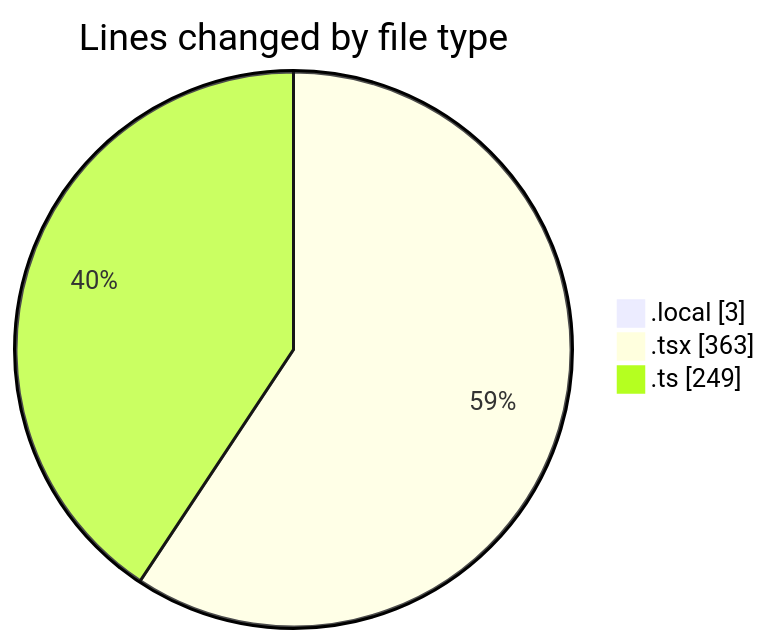
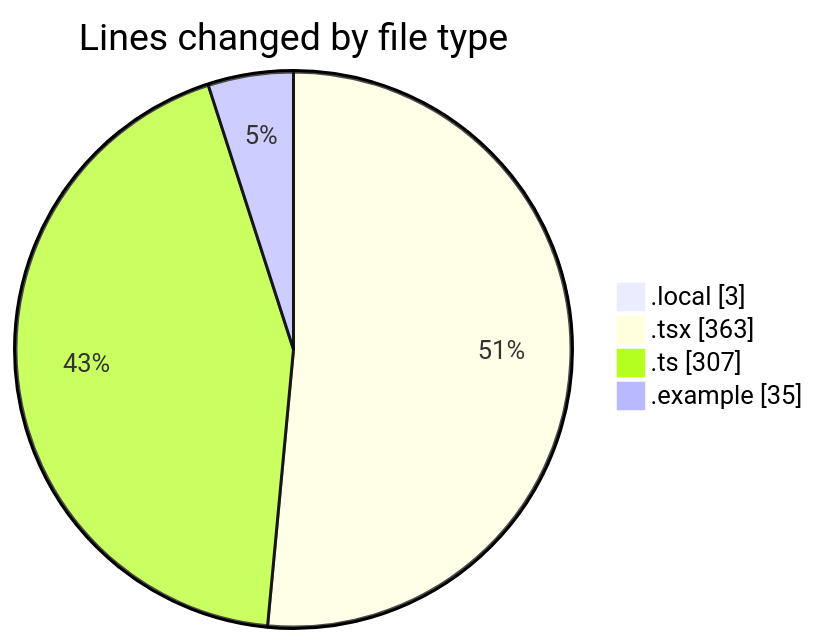
Before and after one commit to julien-gomy/code-tracking: the first of 2 diagrams in 2025-11-20/eventscop-frontend-guide__workspace_/README.md, drawn with Mermaid. The commit also changed other lines of this file and 1 other file, not shown here.

````diff
--- a/2025-11-20/eventscop-frontend-guide__workspace_/README.md
+++ b/2025-11-20/eventscop-frontend-guide__workspace_/README.md
@@ -28,7 +31,8 @@
 ```mermaid
 pie showData
 title Lines changed by file type
 ".local" : 3
 ".tsx" : 363
-".ts" : 249
+".ts" : 307
+".example" : 35
 ```
````
